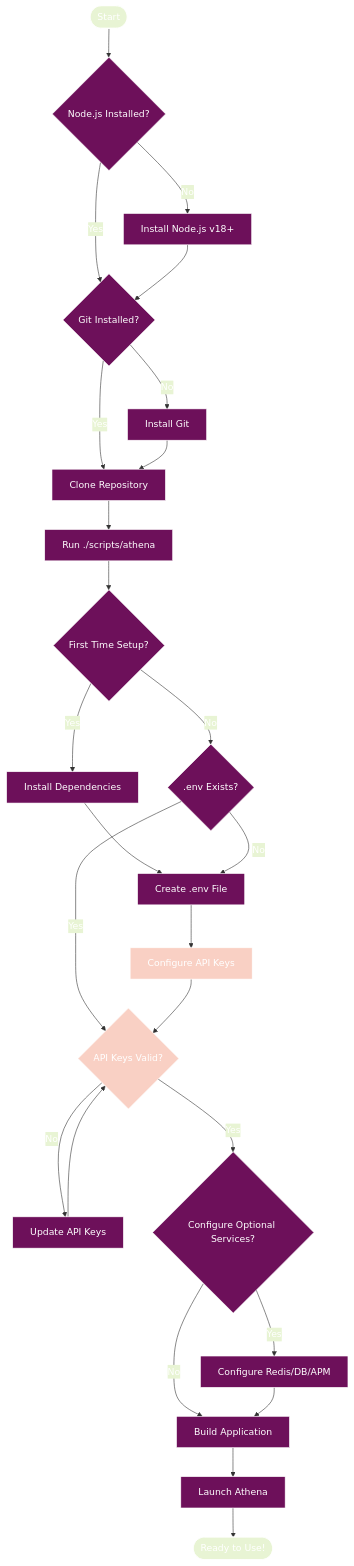
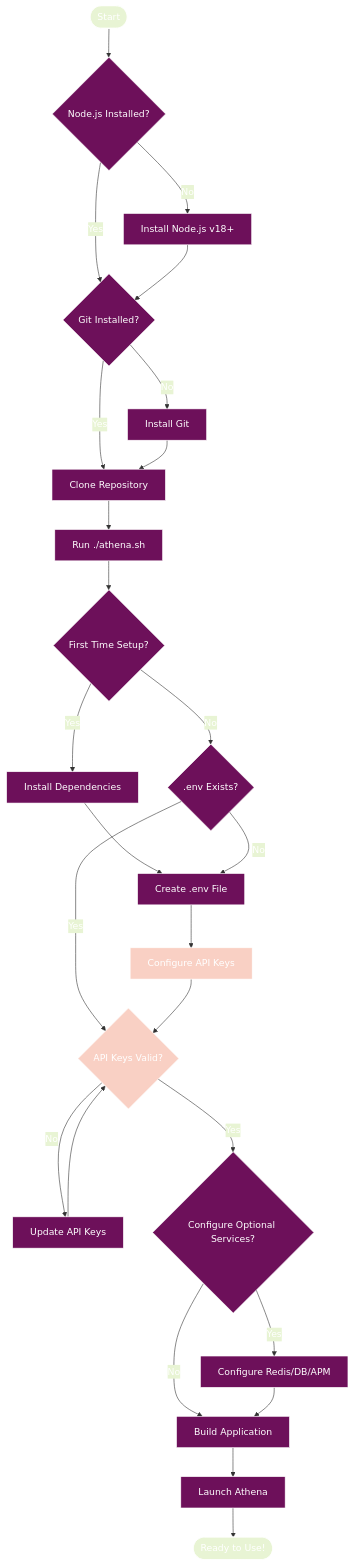
One commit to radicalkjax/Athena changed the third of 13 diagrams in docs/GETTING_STARTED.md. Above: the diagram before and after it, drawn with Mermaid. The commit also changed other lines of this file and 13 other files, not shown here.

````diff
--- a/docs/GETTING_STARTED.md
+++ b/docs/GETTING_STARTED.md
@@ -223,68 +215,68 @@
 ```mermaid
 %%{init: {
   'theme': 'base',
   'themeVariables': {
     'primaryColor': '#6d105a',
     'primaryTextColor': '#ffffff',
     'primaryBorderColor': '#ffffff',
     'lineColor': '#333333',
     'secondaryColor': '#e8f4d4',
     'secondaryTextColor': '#333333',
     'secondaryBorderColor': '#333333',
     'tertiaryColor': '#f9d0c4',
     'tertiaryTextColor': '#333333',
     'tertiaryBorderColor': '#333333',
     'background': '#ffffff',
     'mainBkg': '#6d105a',
     'secondBkg': '#e8f4d4',
     'tertiaryBkg': '#f9d0c4',
     'textColor': '#333333',
     'fontFamily': 'Arial, sans-serif'
   }
 }}%%
 flowchart TB
     Start([Start]) --> CheckNode{Node.js Installed?}
 
     CheckNode -->|No| InstallNode[Install Node.js v18+]
     CheckNode -->|Yes| CheckGit{Git Installed?}
 
     InstallNode --> CheckGit
 
     CheckGit -->|No| InstallGit[Install Git]
     CheckGit -->|Yes| Clone[Clone Repository]
 
     InstallGit --> Clone
 
-    Clone --> RunScript[Run ./scripts/athena]
+    Clone --> RunScript[Run ./athena.sh]
 
     RunScript --> CheckFirstTime{First Time Setup?}
 
     CheckFirstTime -->|Yes| InstallDeps[Install Dependencies]
     CheckFirstTime -->|No| CheckEnv{.env Exists?}
 
     InstallDeps --> CreateEnv[Create .env File]
     CreateEnv --> ConfigureKeys[Configure API Keys]
 
     CheckEnv -->|No| CreateEnv
     CheckEnv -->|Yes| ValidateKeys{API Keys Valid?}
 
     ConfigureKeys --> ValidateKeys
 
     ValidateKeys -->|No| UpdateKeys[Update API Keys]
     ValidateKeys -->|Yes| CheckOptional{Configure Optional Services?}
 
     UpdateKeys --> ValidateKeys
 
     CheckOptional -->|Yes| ConfigureOptional[Configure Redis/DB/APM]
     CheckOptional -->|No| BuildApp[Build Application]
 
     ConfigureOptional --> BuildApp
 
     BuildApp --> LaunchApp[Launch Athena]
     LaunchApp --> Ready([Ready to Use!])
 
     style Start fill:#e8f4d4
     style Ready fill:#e8f4d4
     style ConfigureKeys fill:#f9d0c4
     style ValidateKeys fill:#f9d0c4
 ```
````
